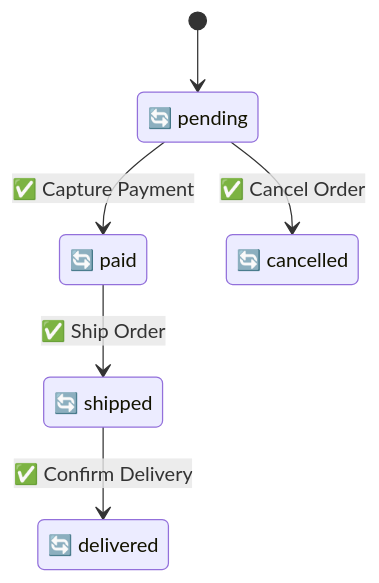
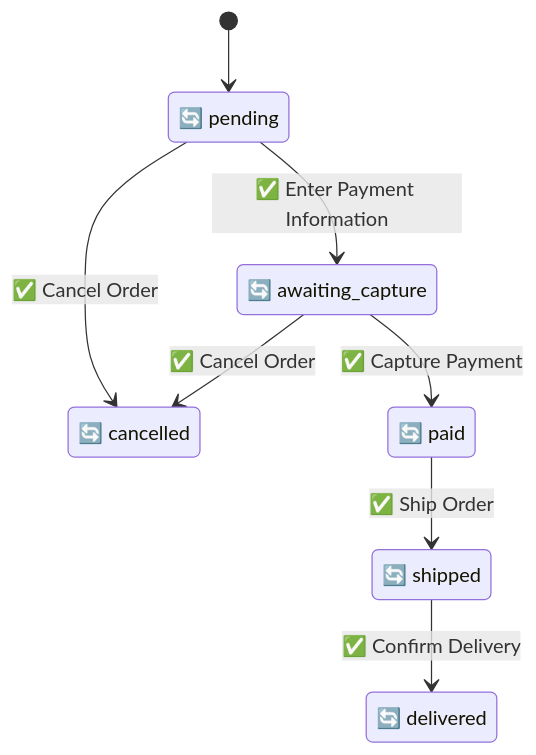
Before and after one commit to manji-0/rdra-ish-dsl: the diagram in samples/ec-site/out/state.mmd, drawn with Mermaid. The commit also changed 11 other files, not shown here.

First line of the commit message:
fix(samples): ec-site enters payment once per order

```diff
--- a/samples/ec-site/out/state.mmd
+++ b/samples/ec-site/out/state.mmd
@@ -1,11 +1,14 @@
 stateDiagram-v2
   [*] --> Order_pending
+  state "🔄 awaiting_capture" as Order_awaiting_capture
+  state "🔄 cancelled" as Order_cancelled
   state "🔄 paid" as Order_paid
   state "🔄 shipped" as Order_shipped
   state "🔄 pending" as Order_pending
-  state "🔄 cancelled" as Order_cancelled
   state "🔄 delivered" as Order_delivered
+  Order_awaiting_capture --> Order_cancelled : ✅ Cancel Order
+  Order_awaiting_capture --> Order_paid : ✅ Capture Payment
   Order_paid --> Order_shipped : ✅ Ship Order
+  Order_pending --> Order_awaiting_capture : ✅ Enter Payment Information
   Order_pending --> Order_cancelled : ✅ Cancel Order
-  Order_pending --> Order_paid : ✅ Capture Payment
   Order_shipped --> Order_delivered : ✅ Confirm Delivery
```
